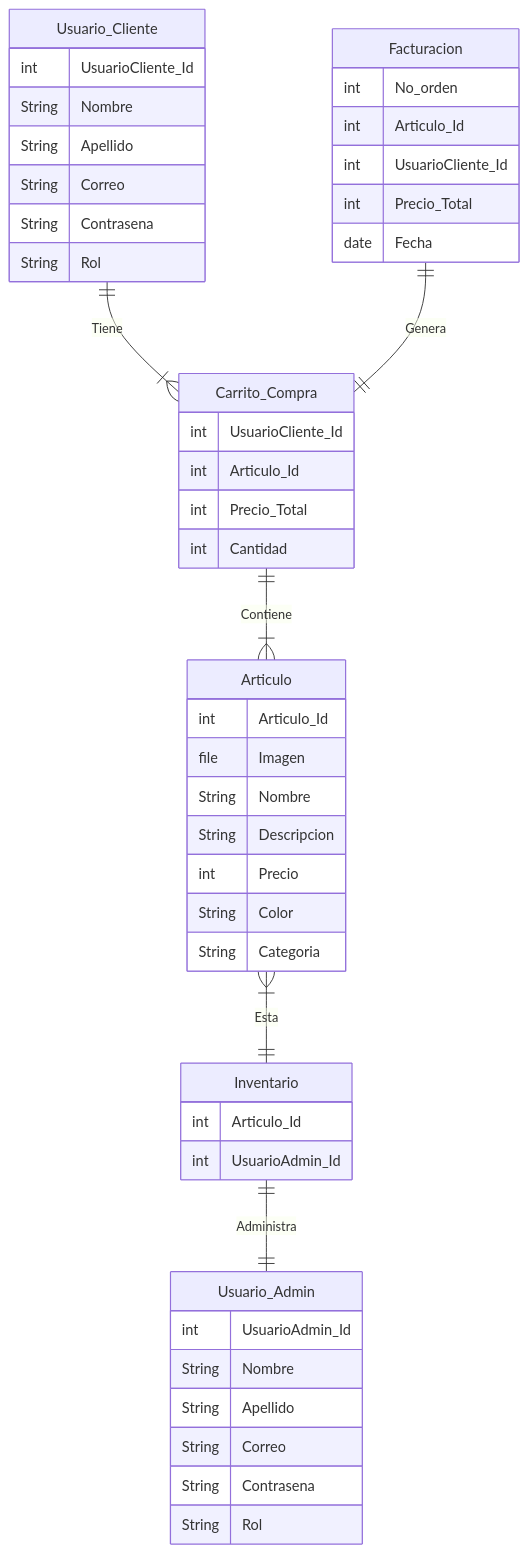
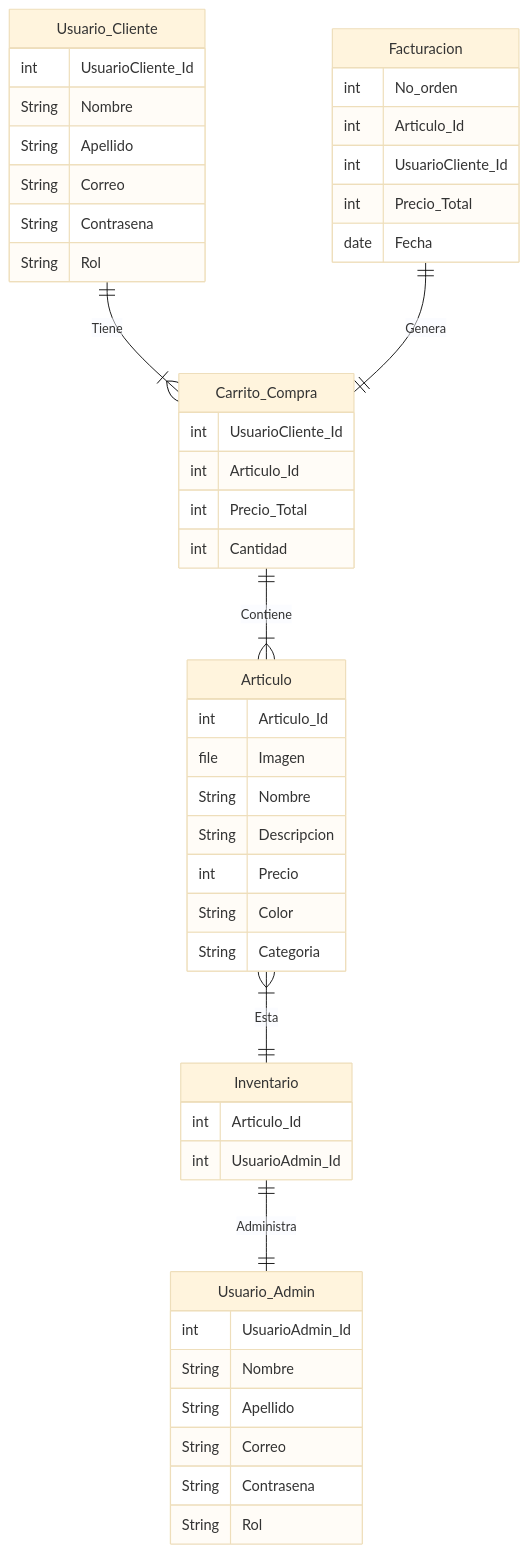
Before and after one commit to ingcdsantamaria/Degorra: the second of 2 diagrams in README.md, drawn with Mermaid.

Commit message:
Diagrama de Entidad de relacion 15.0

````diff
--- a/README.md
+++ b/README.md
@@ -29,51 +29,52 @@
 ```mermaid
+%%{init: {'darkMode': 'True', 'theme':'base'}}%%
 
 erDiagram
     Usuario_Cliente ||--|{ Carrito_Compra : Tiene
     Usuario_Cliente{
       int UsuarioCliente_Id
       String Nombre
       String Apellido
       String Correo
       String Contrasena
       String Rol
     }
     Carrito_Compra ||--|{Articulo : Contiene
     Carrito_Compra{
         int UsuarioCliente_Id
         int Articulo_Id
         int Precio_Total
         int Cantidad
     }
     Articulo }|--||Inventario : Esta
     Articulo{
       int Articulo_Id
       file Imagen
       String Nombre
       String Descripcion
       int Precio
       String Color
       String Categoria
     }
     Inventario ||--|| Usuario_Admin : Administra
     Inventario{
       int Articulo_Id
       int UsuarioAdmin_Id
     }
     Usuario_Admin{
       int UsuarioAdmin_Id
       String Nombre
       String Apellido
       String Correo
       String Contrasena
       String Rol
     }
     Facturacion ||--||Carrito_Compra : Genera
     Facturacion{
       int No_orden
       int Articulo_Id
       int UsuarioCliente_Id
       int Precio_Total
       date Fecha
     }
 ```
````
